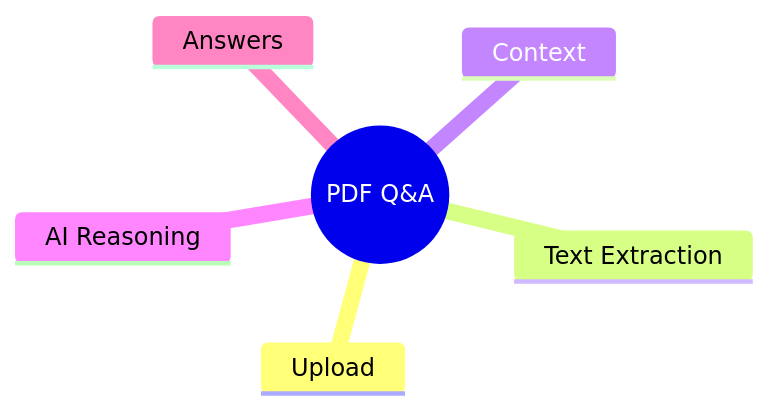
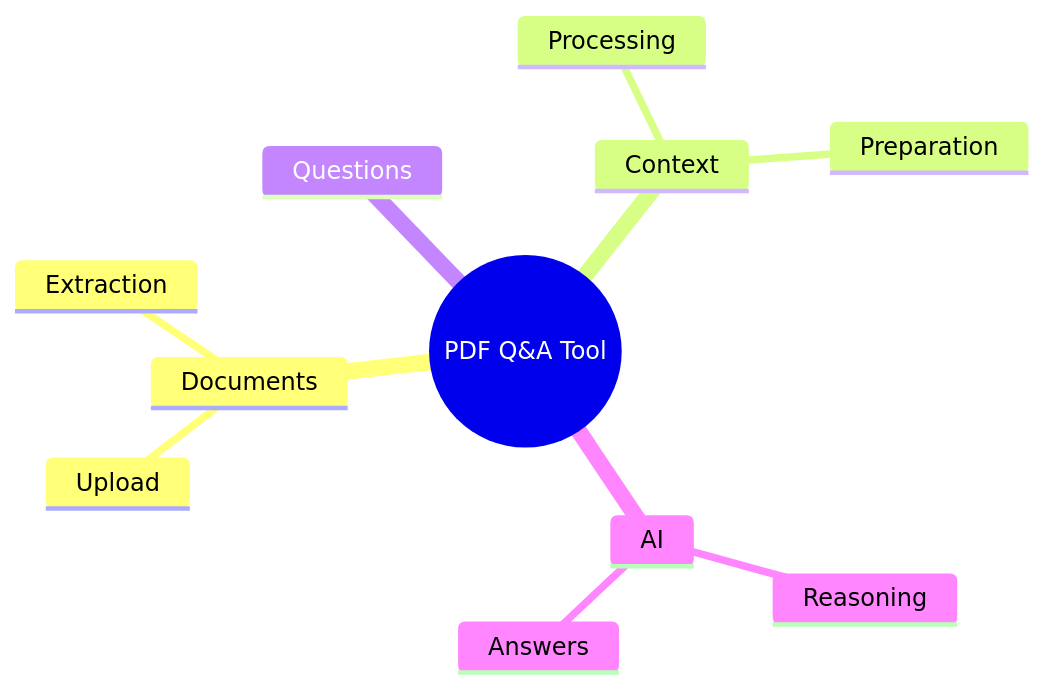
Before and after one commit to Priyanshu710-ui/-AI-Powered-PDF-Q-A-Tool: the fourth of 4 diagrams in README.md, drawn with Mermaid. The commit also changed other lines of this file, not shown here.

Commit message:
Replace diagram-only README with full PDF Q&A documentation

````diff
--- a/README.md
+++ b/README.md
@@ -45,9 +119,14 @@
 ```mermaid
 mindmap
-  root((PDF Q&A))
-    Upload
-    Text Extraction
+  root((PDF Q&A Tool))
+    Documents
+      Upload
+      Extraction
     Context
-    AI Reasoning
-    Answers
+      Processing
+      Preparation
+    Questions
+    AI
+      Reasoning
+      Answers
 ```
````
